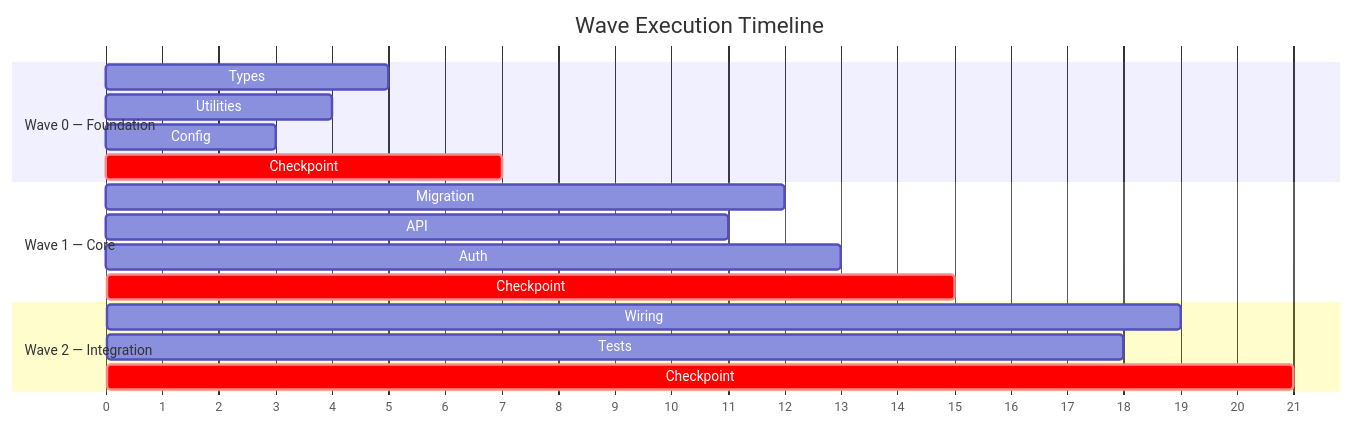
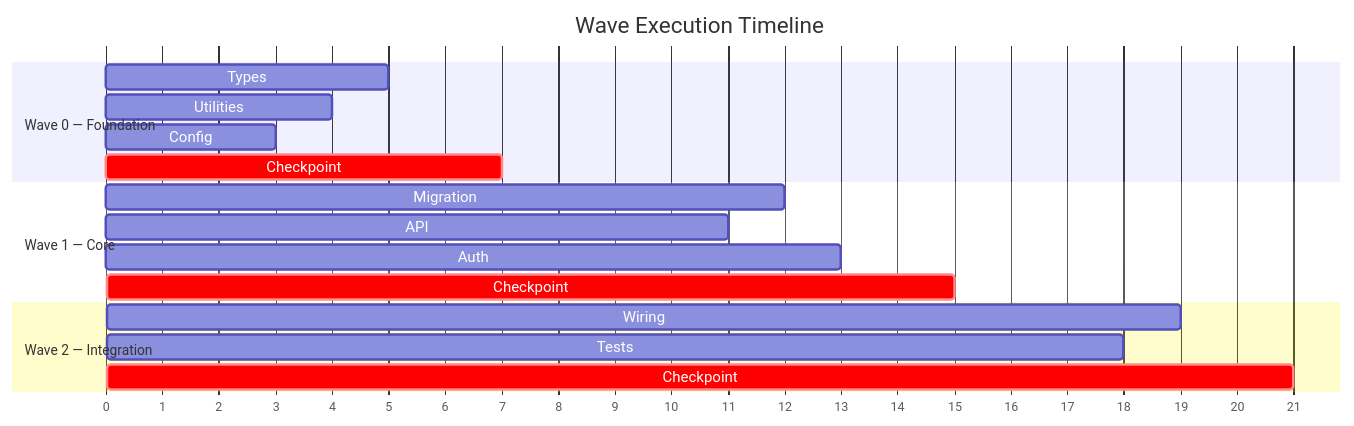
The fourth of 7 diagrams in handbook/ch12-multi-agent-orchestration.qmd (danielmeppiel/agentic-sdlc-handbook), drawn with Mermaid before and after one commit. The commit also changed other lines of this file and 20 other files, not shown here.

First line of the commit message:
feat: add accessibility metadata and consistent theme to all 35 diagrams

````diff
--- a/handbook/ch12-multi-agent-orchestration.qmd
+++ b/handbook/ch12-multi-agent-orchestration.qmd
@@ -210,24 +222,32 @@
 ```{mermaid}
 %%| fig-width: 6.5
+%%| fig-cap: "Wave execution timeline showing parallel agent dispatch"
+%%| fig-alt: "Gantt chart showing three waves of agent execution over time: Wave 0 (Foundation) runs Types, Utilities, and Config agents in parallel with a critical Checkpoint milestone; Wave 1 (Core) runs Migration, API, and Auth agents in parallel with a Checkpoint; Wave 2 (Integration) runs Wiring and Tests agents in parallel with a final Checkpoint. Each wave starts only after the previous wave's checkpoint completes."
+%%| label: fig-wave-timeline
+---
+config:
+  gantt:
+    fontSize: 12
+---
 gantt
     title Wave Execution Timeline
     dateFormat X
     axisFormat %s
 
     section Wave 0 — Foundation
     Types              :a, 0, 5
     Utilities          :b, 0, 4
     Config             :c, 0, 3
     Checkpoint         :crit, t0, 5, 7
 
     section Wave 1 — Core
     Migration          :d, 7, 12
     API                :e, 7, 11
     Auth               :f, 7, 13
     Checkpoint         :crit, t1, 13, 15
 
     section Wave 2 — Integration
     Wiring             :g, 15, 19
     Tests              :h, 15, 18
     Checkpoint         :crit, t2, 19, 21
 ```
````
